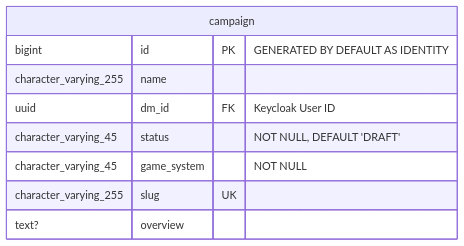
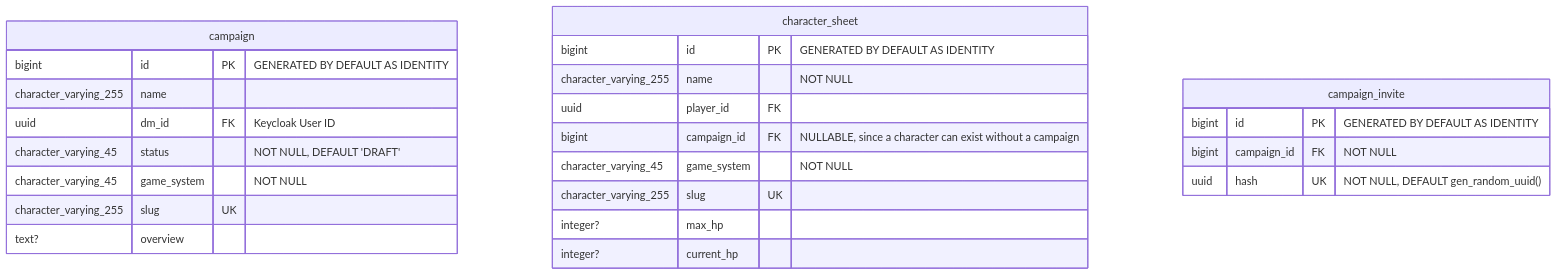
One commit to hannaBanannaOF/questmaster-core changed the diagram in README.md. Above: the diagram before and after it, drawn with Mermaid. The commit also changed other lines of this file and 12 other files, not shown here.

````diff
--- a/README.md
+++ b/README.md
@@ -135,12 +52,29 @@
 ```mermaid
 erDiagram
     campaign {
         bigint id PK "GENERATED BY DEFAULT AS IDENTITY"
         character_varying_255 name
         uuid dm_id FK "Keycloak User ID"
         character_varying_45 status "NOT NULL, DEFAULT 'DRAFT'"
         character_varying_45 game_system "NOT NULL"
         character_varying_255 slug UK
         text? overview
     }
+
+    character_sheet {
+        bigint id PK "GENERATED BY DEFAULT AS IDENTITY"
+        character_varying_255 name "NOT NULL"
+        uuid player_id FK
+        bigint campaign_id FK "NULLABLE, since a character can exist without a campaign"
+        character_varying_45 game_system "NOT NULL"
+        character_varying_255 slug UK
+        integer? max_hp
+        integer? current_hp
+    }
+
+    campaign_invite {
+        bigint id PK "GENERATED BY DEFAULT AS IDENTITY"
+        bigint campaign_id FK "NOT NULL"
+        uuid hash UK "NOT NULL, DEFAULT gen_random_uuid()"
+    }
 ```
````
